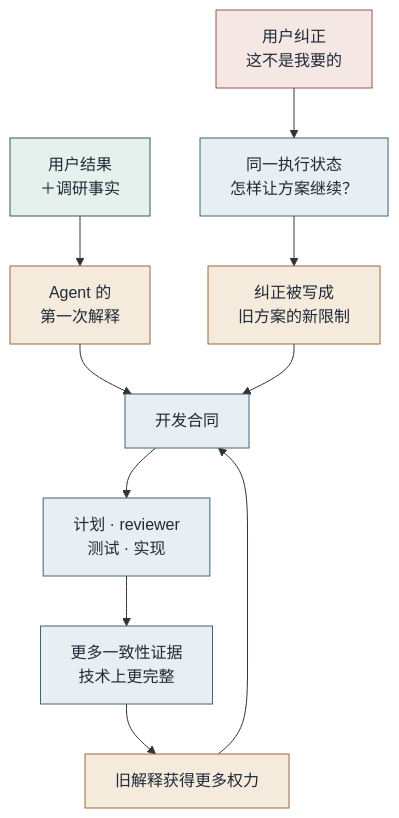
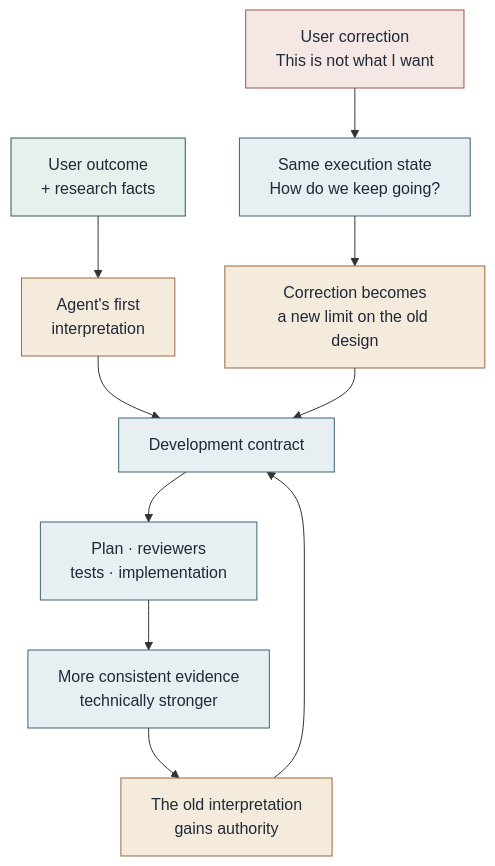
The first of 2 diagrams in entries/2026-08-18-agent-goal-recalibration.md (pengpengkuku/agent-harness-diary), drawn with Mermaid before and after one commit. The commit also changed other lines of this file and 1 other file, not shown here.

````diff
--- a/entries/2026-08-18-agent-goal-recalibration.md
+++ b/entries/2026-08-18-agent-goal-recalibration.md
@@ -33,22 +33,22 @@
 ```mermaid
 flowchart TB
-    R["用户结果<br/>＋调研事实"] --> I["Agent 的<br/>第一次解释"]
-    I --> C["开发合同"]
-    C --> E["计划 · reviewer<br/>测试 · 实现"]
-    E --> P["更多一致性证据<br/>技术上更完整"]
-    P --> A["旧解释获得更多权力"]
+    R["User outcome<br/>+ research facts"] --> I["Agent's first<br/>interpretation"]
+    I --> C["Development contract"]
+    C --> E["Plan · reviewers<br/>tests · implementation"]
+    E --> P["More consistent evidence<br/>technically stronger"]
+    P --> A["The old interpretation<br/>gains authority"]
     A --> C
 
-    U["用户纠正<br/>这不是我要的"] --> S["同一执行状态<br/>怎样让方案继续？"]
-    S --> L["纠正被写成<br/>旧方案的新限制"]
+    U["User correction<br/>This is not what I want"] --> S["Same execution state<br/>How do we keep going?"]
+    S --> L["Correction becomes<br/>a new limit on the old design"]
     L --> C
 
     classDef truth fill:#e6f0ec,stroke:#315c55,color:#1f2937;
     classDef interpretation fill:#f5ebdd,stroke:#9b6941,color:#1f2937;
     classDef execution fill:#e8eff3,stroke:#3d6478,color:#1f2937;
     classDef warning fill:#f4e7e4,stroke:#9a554d,color:#1f2937;
     class R truth;
     class I,L,A interpretation;
     class C,E,P,S execution;
     class U warning;
 ```
````
